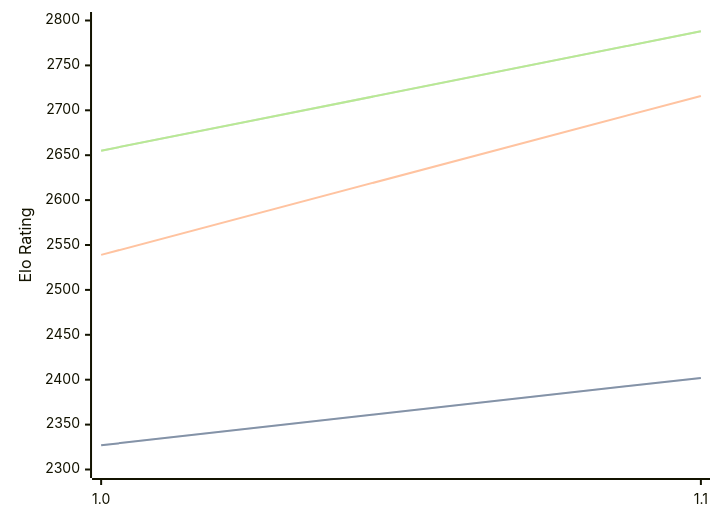
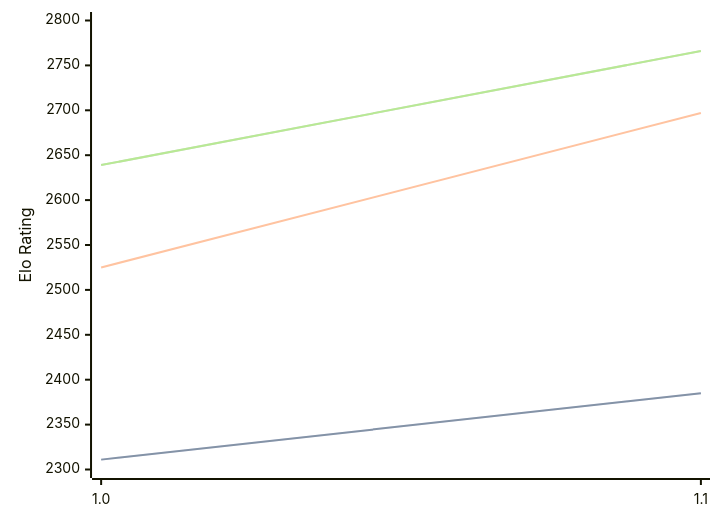
Before and after one commit to computer-chess-index/cci: the diagram in engines/FoxChess.md, drawn with Mermaid. The commit also changed other lines of this file, not shown here.

Commit message:
Update CCI Ratings (ELO VLTC) - 2026-05-20

````diff
--- a/engines/FoxChess.md
+++ b/engines/FoxChess.md
@@ -32,11 +32,11 @@
 ```mermaid
 %%{init: {"theme":"base","themeVariables":{"seriesColors:['#a3a3a3','#222221','#faa371']}}}%%
 xychart-beta
   x-axis ["1.0", "1.1"]
   y-axis "Elo Rating" 2300 --> 2800
-  line "STC (8.0+0.08s)" [2327, 2402]
-  line "STC (8.0+0.08s)" [2327, 2402]
-  line "LTC (60.0+0.60s)" [2539, 2716]
-  line "VLTC (2m24s+1.12s)" [2655, 2788]
-  line "VLTC (2m24s+1.12s)" [2655, 2788]
+  line "STC (8.0+0.08s)" [2311, 2385]
+  line "STC (8.0+0.08s)" [2311, 2385]
+  line "LTC (60.0+0.60s)" [2525, 2697]
+  line "VLTC (2m24s+1.12s)" [2639, 2766]
+  line "VLTC (2m24s+1.12s)" [2639, 2766]
 ```
````
